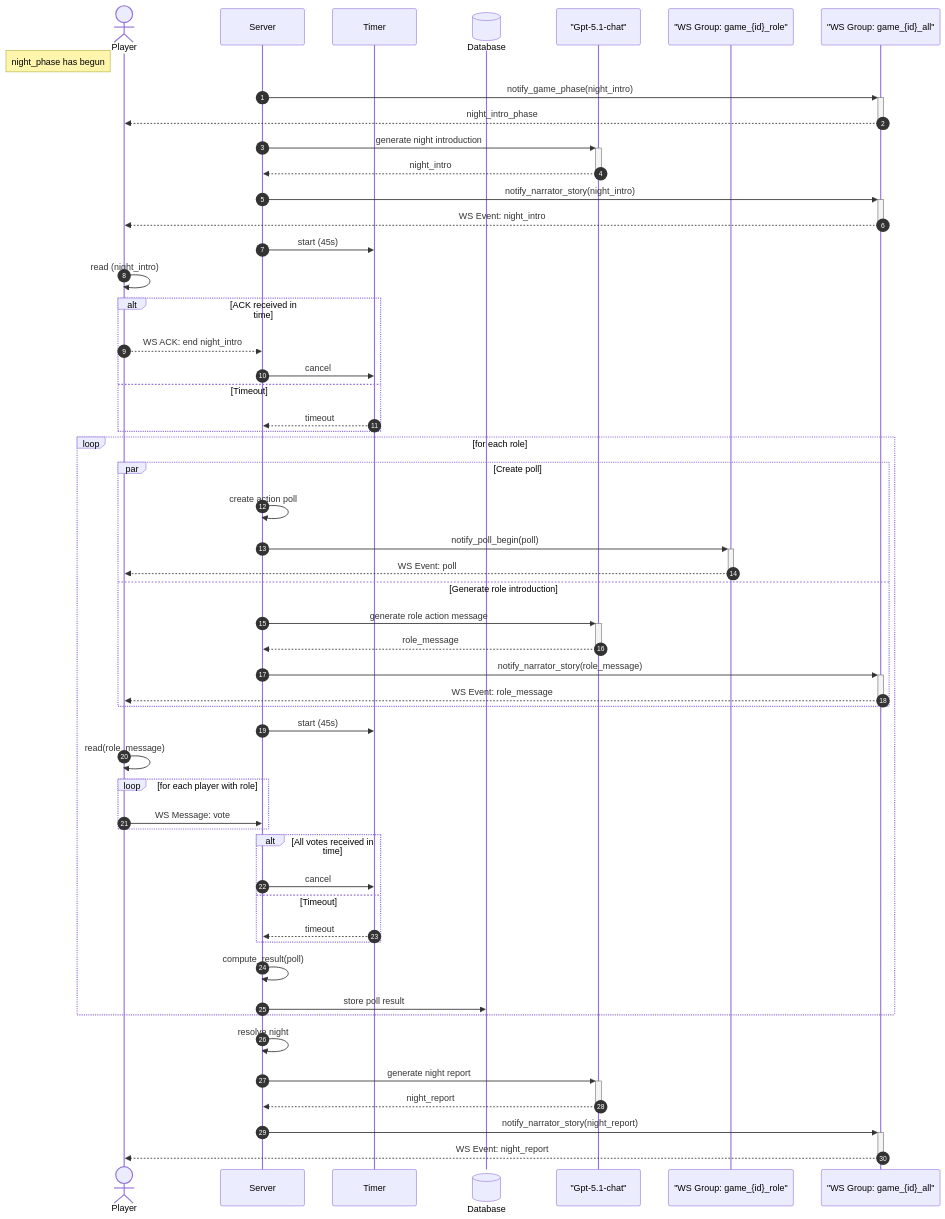
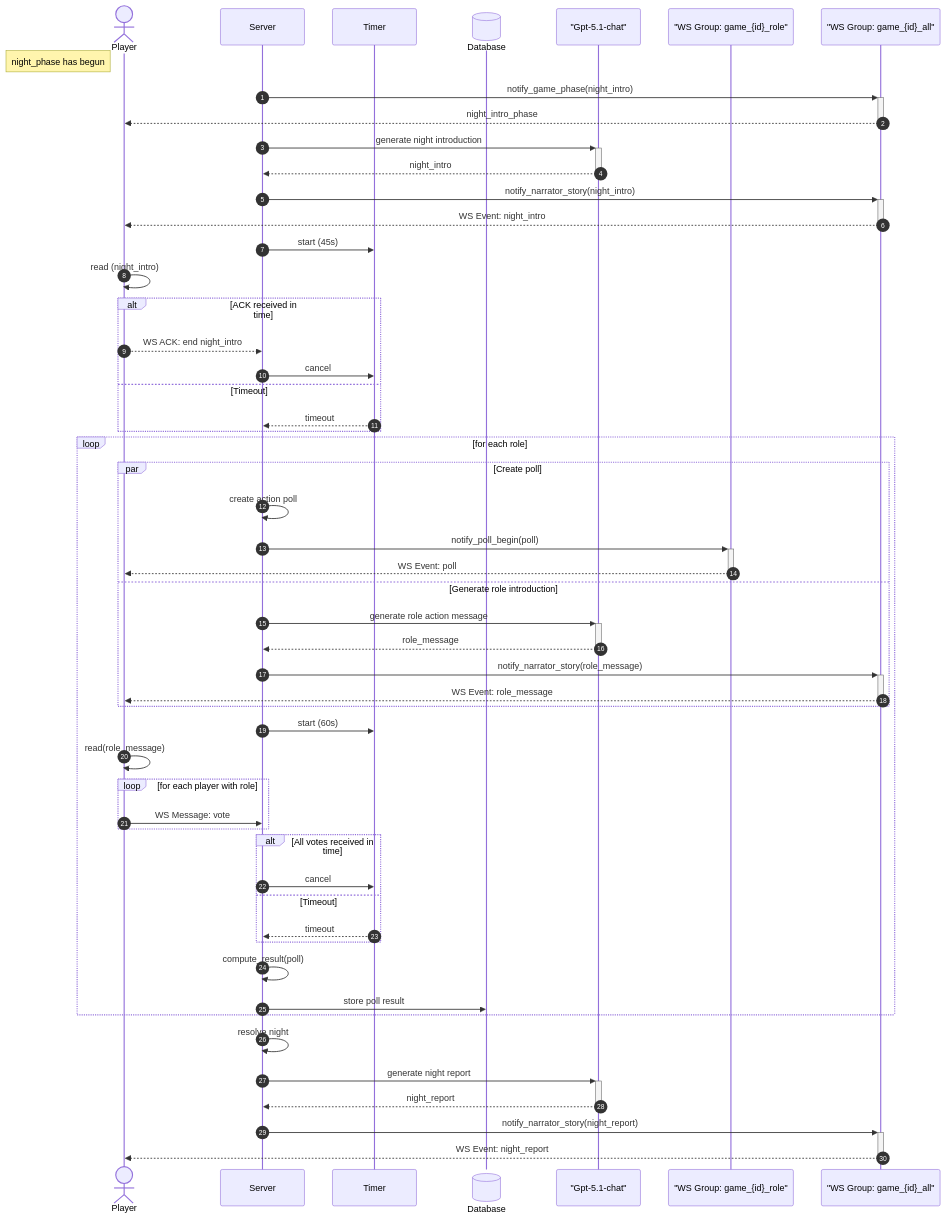
Before and after one commit to rivaPolimi/LLMinFabula: the diagram in Documentation/Diagram/night_sequence_diagram.mmd, drawn with Mermaid. The commit also changed 15 other files, not shown here.

```diff
--- a/Documentation/Diagram/night_sequence_diagram.mmd
+++ b/Documentation/Diagram/night_sequence_diagram.mmd
@@ -1,62 +1,62 @@
 sequenceDiagram
     autonumber
     actor Player
     participant Server
     participant Timer
     participant Database@{"type": "database"}
     participant Bot as "Gpt-5.1-chat"
     participant RoleGroup as "WS Group: game_{id}_role"
     participant GameGroup as "WS Group: game_{id}_all"
 
     Note left of Player: night_phase has begun
     Server ->>+ GameGroup: notify_game_phase(night_intro)
     GameGroup -->>- Player: night_intro_phase
     Server ->>+ Bot: generate night introduction
     Bot -->>- Server: night_intro
     Server ->>+ GameGroup: notify_narrator_story(night_intro)
     GameGroup -->>- Player: WS Event: night_intro
     Server ->> Timer: start (45s)
 
     Player ->> Player: read (night_intro)
 
     alt ACK received in time
         Player -->> Server: WS ACK: end night_intro
         Server ->> Timer: cancel
     else Timeout
         Timer -->> Server: timeout
     end
 
     loop for each role
         par Create poll
             Server ->> Server: create action poll
             Server ->>+ RoleGroup: notify_poll_begin(poll)
             RoleGroup -->>- Player: WS Event: poll
         and Generate role introduction
             Server ->>+ Bot: generate role action message
             Bot -->>- Server: role_message
             Server ->>+ GameGroup: notify_narrator_story(role_message)
             GameGroup -->>- Player: WS Event: role_message
         end
-        Server ->> Timer: start (45s)
+        Server ->> Timer: start (60s)
 
         Player ->> Player: read(role_message)
 
         loop for each player with role
             Player ->> Server: WS Message: vote
         end
 
         alt  All votes received in time
             Server ->> Timer: cancel
         else Timeout
             Timer -->> Server: timeout
         end
 
         Server ->> Server: compute_result(poll)
         Server ->> Database: store poll result
     end
 
     Server ->> Server: resolve night
     Server ->>+ Bot: generate night report
     Bot -->>- Server: night_report
     Server ->>+ GameGroup: notify_narrator_story(night_report)
     GameGroup -->>- Player: WS Event: night_report
```
